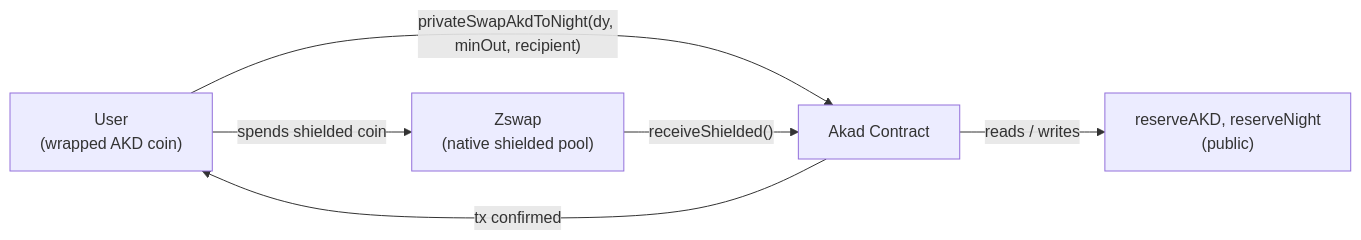
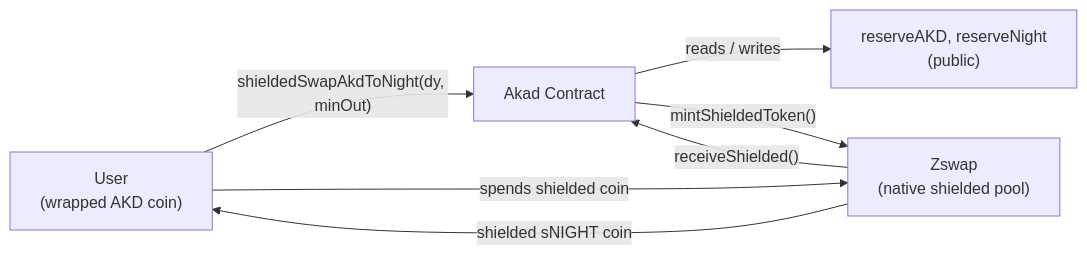
Before and after one commit to dzakwannajmi/akad: the fourth of 5 diagrams in README.md, drawn with Mermaid. The commit also changed other lines of this file and 6 other files, not shown here.

First line of the commit message:
docs: sync README and hackathon docs to the sNIGHT contract and current addresses

````diff
--- a/README.md
+++ b/README.md
@@ -186,8 +166,9 @@
 ```mermaid
 flowchart LR
-  U["User<br/>(wrapped AKD coin)"] -->|"privateSwapAkdToNight(dy, minOut, recipient)"| TC["Akad Contract"]
+  U["User<br/>(wrapped AKD coin)"] -->|"shieldedSwapAkdToNight(dy, minOut)"| TC["Akad Contract"]
   U -->|"spends shielded coin"| ZS["Zswap<br/>(native shielded pool)"]
   ZS -->|"receiveShielded()"| TC
   TC -->|"reads / writes"| R["reserveAKD, reserveNight<br/>(public)"]
-  TC -->|"tx confirmed"| U
+  TC -->|"mintShieldedToken()"| ZS
+  ZS -->|"shielded sNIGHT coin"| U
 ```
````
